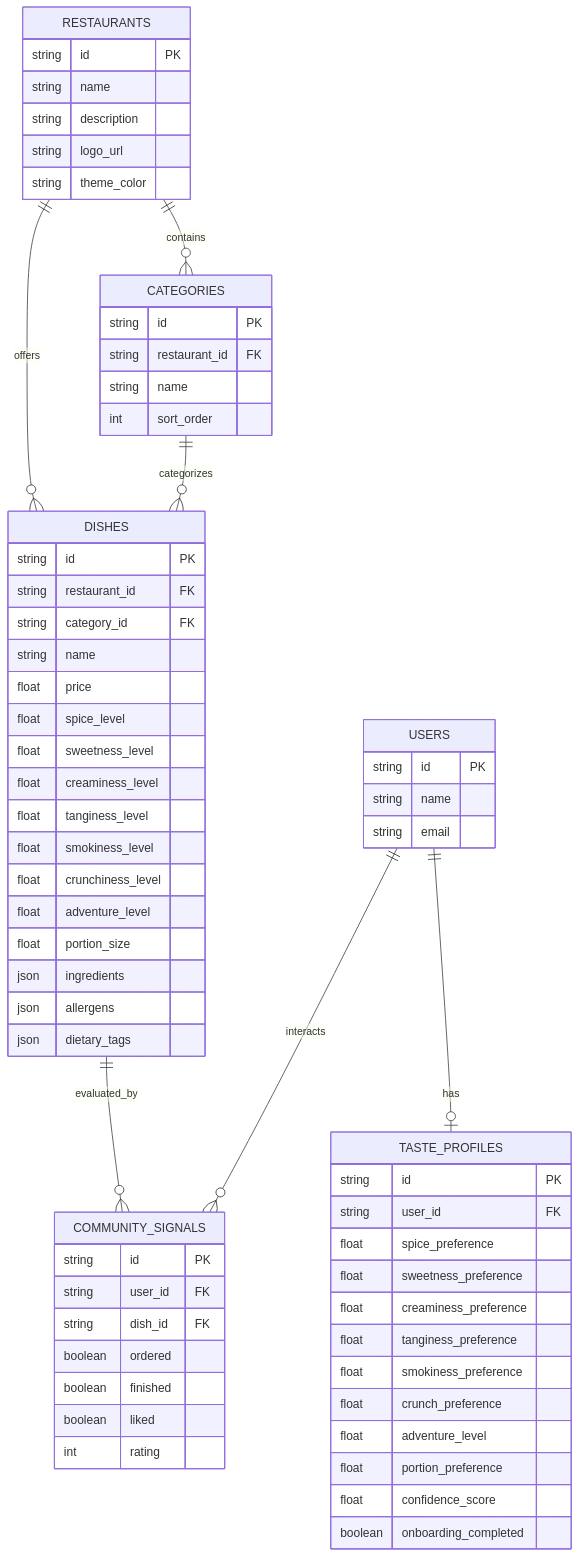
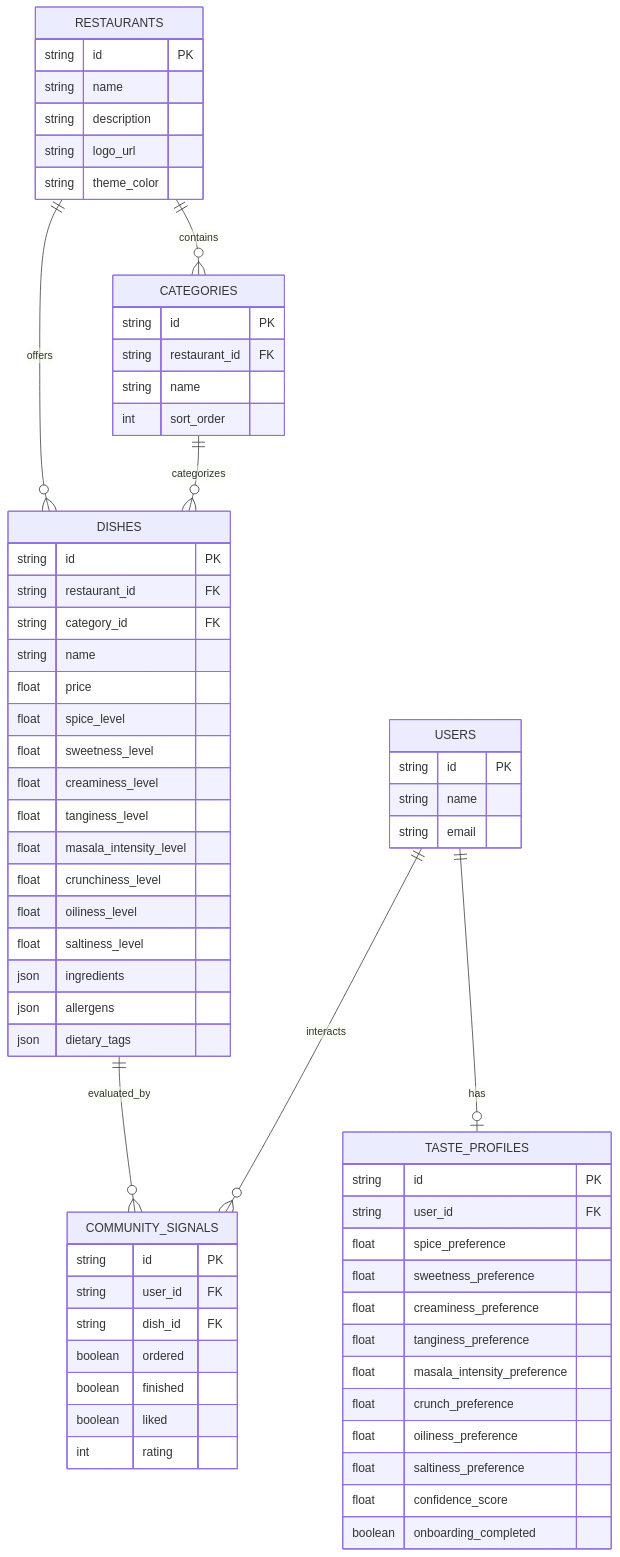
The diagram in docs/database.md (ananthasail18/innova-backup), drawn with Mermaid before and after one commit. The commit also changed other lines of this file and 133 other files, not shown here.

````diff
--- a/docs/database.md
+++ b/docs/database.md
@@ -10,74 +10,74 @@
 ```mermaid
 erDiagram
     RESTAURANTS ||--o{ CATEGORIES : contains
     RESTAURANTS ||--o{ DISHES : offers
     CATEGORIES ||--o{ DISHES : categorizes
     USERS ||--o| TASTE_PROFILES : has
     USERS ||--o{ COMMUNITY_SIGNALS : interacts
     DISHES ||--o{ COMMUNITY_SIGNALS : evaluated_by
 
     RESTAURANTS {
         string id PK
         string name
         string description
         string logo_url
         string theme_color
     }
 
     CATEGORIES {
         string id PK
         string restaurant_id FK
         string name
         int sort_order
     }
 
     DISHES {
         string id PK
         string restaurant_id FK
         string category_id FK
         string name
         float price
         float spice_level
         float sweetness_level
         float creaminess_level
         float tanginess_level
-        float smokiness_level
+        float masala_intensity_level
         float crunchiness_level
-        float adventure_level
-        float portion_size
+        float oiliness_level
+        float saltiness_level
         json ingredients
         json allergens
         json dietary_tags
     }
 
     USERS {
         string id PK
         string name
         string email
     }
 
     TASTE_PROFILES {
         string id PK
         string user_id FK
         float spice_preference
         float sweetness_preference
         float creaminess_preference
         float tanginess_preference
-        float smokiness_preference
+        float masala_intensity_preference
         float crunch_preference
-        float adventure_level
-        float portion_preference
+        float oiliness_preference
+        float saltiness_preference
         float confidence_score
         boolean onboarding_completed
     }
 
     COMMUNITY_SIGNALS {
         string id PK
         string user_id FK
         string dish_id FK
         boolean ordered
         boolean finished
         boolean liked
         int rating
     }
 ```
````
